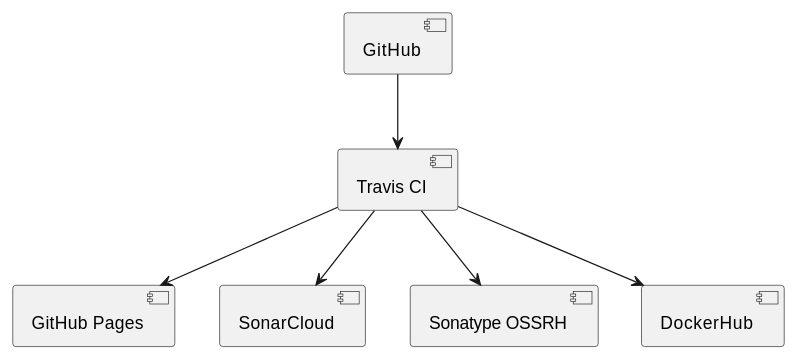
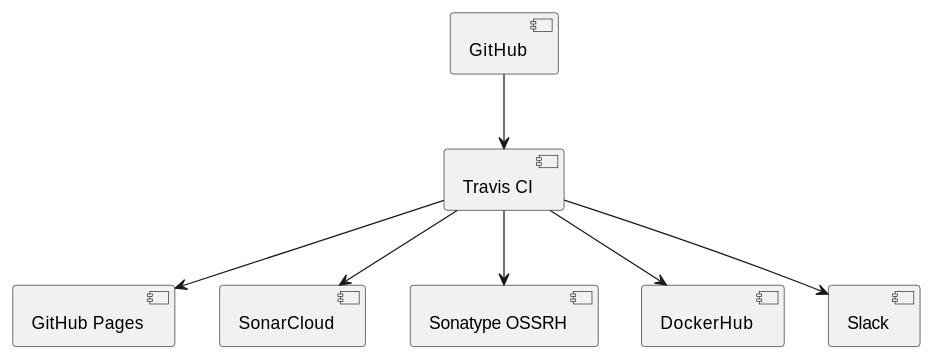
The second of 3 diagrams in src/docs/asciidoc/index.adoc (gurv/vg-doc), drawn with PlantUML before and after one commit.

```diff
--- a/src/docs/asciidoc/index.adoc
+++ b/src/docs/asciidoc/index.adoc
@@ -30,14 +30,16 @@
 [plantuml, CI, png]
 ....
 [GitHub] as git
 [GitHub Pages] as pages
 [Travis CI] as travis
 [SonarCloud] as sonar
 [Sonatype OSSRH] as nexus
 [DockerHub] as docker
+[Slack] as slack
 git --> travis
 travis --> sonar
 travis --> nexus
 travis --> docker
 travis --> pages
+travis --> slack
 ....
```
